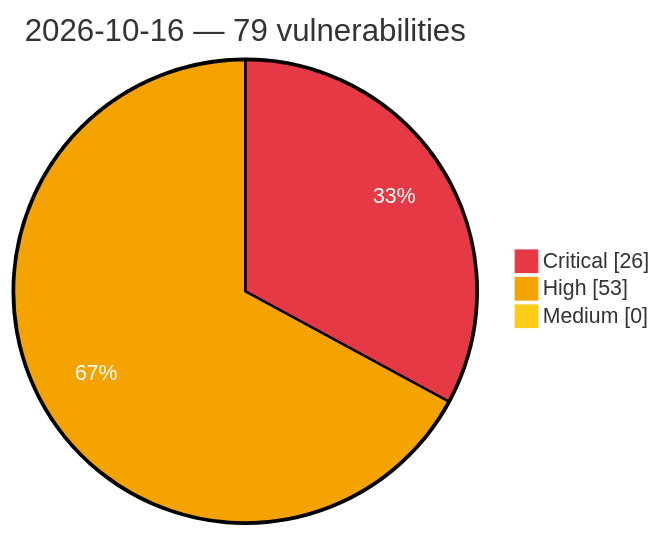
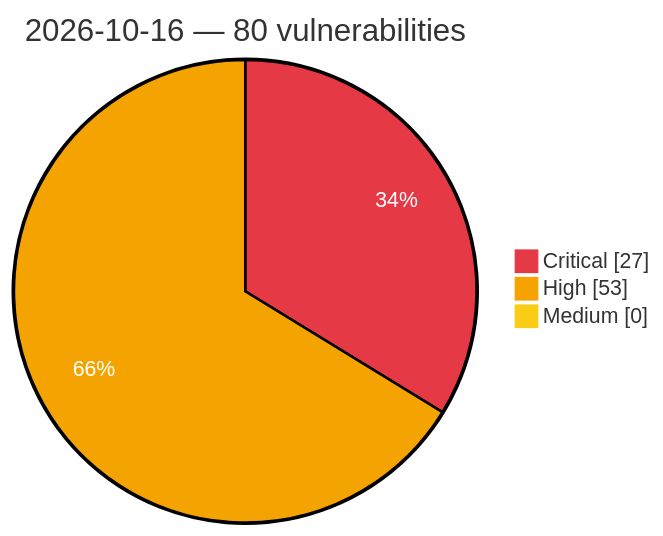
Before and after one commit to GhostX0X/vuln-tracker: the diagram in vulnerabilities/2026/October/2026-10-16.md, drawn with Mermaid. The commit also changed other lines of this file and 5 other files, not shown here.

````diff
--- a/vulnerabilities/2026/October/2026-10-16.md
+++ b/vulnerabilities/2026/October/2026-10-16.md
@@ -3,8 +3,8 @@
 ```mermaid
 %%{init: {'theme':'base', 'themeVariables': {'pie1':'#e63946', 'pie2':'#f4a300', 'pie3':'#facc15', 'pieOpacity':'1', 'pieOuterStrokeWidth':'2px', 'pieSectionTextColor':'#ffffff'}}}%%
 pie showData
-    title 2026-10-16 — 79 vulnerabilities
-    "Critical" : 26
+    title 2026-10-16 — 80 vulnerabilities
+    "Critical" : 27
     "High" : 53
     "Medium" : 0
 ```
````
